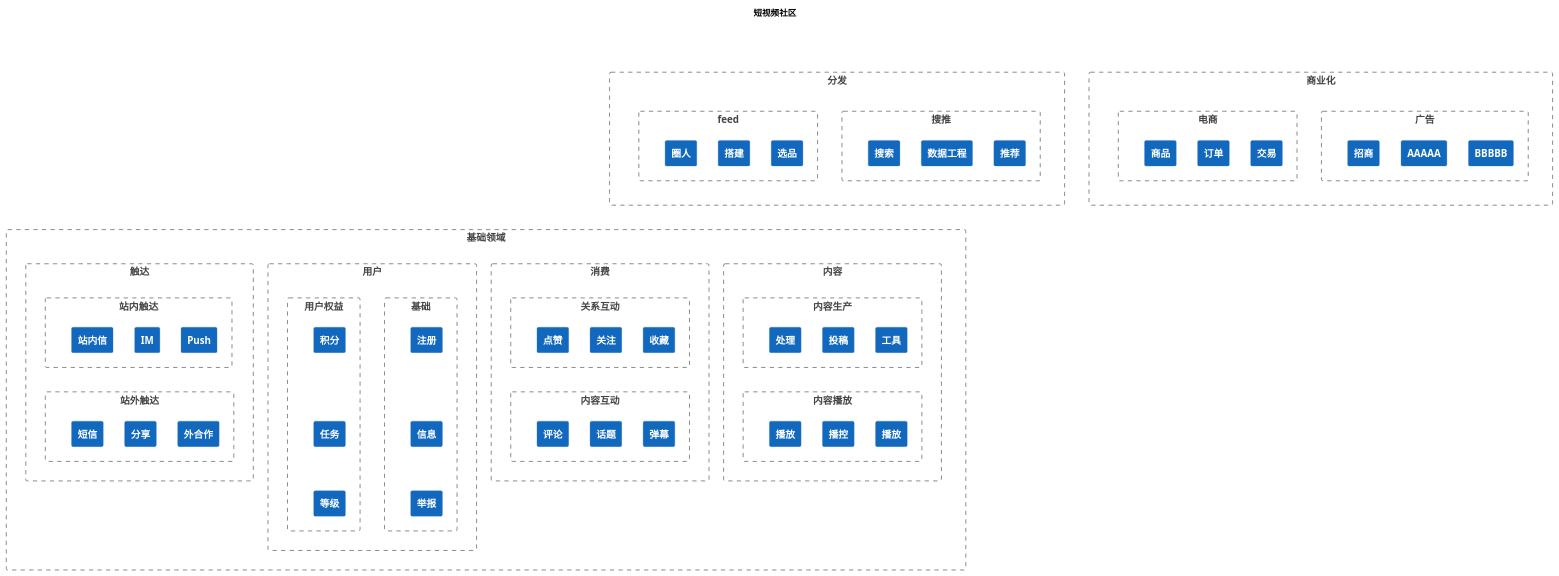
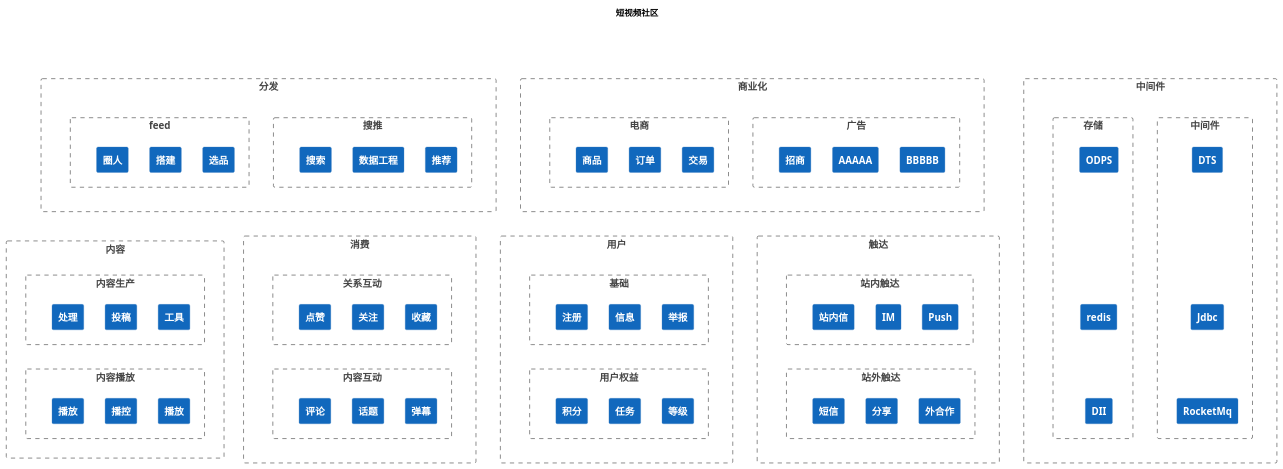
The diagram in puml/system.puml (nxnnxn/community-doc), drawn with PlantUML before and after one commit.

```diff
--- a/puml/system.puml
+++ b/puml/system.puml
@@ -1,138 +1,168 @@
 @startuml
 !include <C4/C4_Context>
 HIDE_STEREOTYPE()
 
 title 短视频社区
 
 Boundary(fenfa,"分发"){
    Boundary(searchAndRec, "搜推"){
      System(search, "搜索")
      System(rec, "推荐")
      System(data, "数据工程")
      Lay_L(data, search)
      Lay_R(data, rec)
   }
 
   Boundary(feed, "feed"){
      System(quanren, "圈人")
      System(xuanpin, "选品")
      System(dajian, "搭建")
      Lay_L(dajian, quanren)
      Lay_R(dajian, xuanpin)
   }
   Lay_R(searchAndRec, feed)
 }
 
 
-Boundary(basedomain,"基础领域"){
 Boundary(content,"内容"){
    Boundary(contentProduction, "内容生产"){
      System(media_process, "处理")
      System(post, "投稿")
      System(postTool, "工具")
      Lay_L(post, media_process)
      Lay_R(post, postTool)
   }
 
   Boundary(contentPlay, "内容播放"){
      System(videoPlay, "播放")
      System(videoCon, "播控")
      System(videoTest, "播放")
      Lay_L(videoCon, videoPlay)
      Lay_R(videoCon, videoTest)
   }
   Lay_D(contentProduction, contentPlay)
 }
 
 Boundary(interact,"消费"){
    Boundary(relationInteract, "关系互动"){
      System(follow, "关注")
      System(praise, "点赞")
      System(collect, "收藏")
      Lay_L(follow, praise)
      Lay_R(follow, collect)
   }
 
   Boundary(contentInteract, "内容互动"){
      System(comment, "评论")
      System(bullentComment, "弹幕")
      System(topic, "话题")
      Lay_L(topic, comment)
      Lay_R(topic, bullentComment)
   }
   Lay_D(relationInteract, contentInteract)
 }
 
 Boundary(user,"用户"){
    Boundary(base, "基础"){
      System(zhuce, "注册")
      System(userBase, "信息")
      System(jubao, "举报")
-     Lay_U(userBase, zhuce)
-     Lay_D(userBase, jubao)
+     Lay_L(userBase, zhuce)
+     Lay_R(userBase, jubao)
   }
 
   Boundary(userRight, "用户权益"){
      System(jifen, "积分")
      System(dengji, "等级")
      System(task, "任务")
-     Lay_U(task, jifen)
-     Lay_D(task, dengji)
+     Lay_L(task, jifen)
+     Lay_R(task, dengji)
   }
-  Lay_R(base, userRight)
+  Lay_D(base, userRight)
 }
 
 
 Boundary(touch,"触达"){
    Boundary(inTouch, "站内触达"){
      System(message, "站内信")
      System(push, "Push")
      System(im, "IM")
      Lay_L(im, message)
      Lay_R(im, push)
   }
 
   Boundary(outTouch, "站外触达"){
      System(share, "分享")
      System(shortMessage, "短信")
      System(out, "外合作")
      Lay_L(share, shortMessage)
      Lay_R(share, out)
   }
   Lay_D(inTouch, outTouch)
-}
 }
 Lay_D(fenfa,contentProduction)
 
 
 
 
 Boundary(shangyehua,"商业化"){
    Boundary(guanggao, "广告"){
      System(zhaoshang, "招商")
      System(a, "AAAAA")
      System(b, "BBBBB")
      Lay_L(a, zhaoshang)
      Lay_R(a, b)
   }
 
   Boundary(ecommerce, "电商"){
      System(goods, "商品")
      System(order, "订单")
      System(trade, "交易")
      Lay_L(order, goods)
      Lay_R(order, trade)
   }
   Lay_R(guanggao, ecommerce)
 }
 
-Lay_D(shangyehua,basedomain)
+
+Lay_R(fenfa,shangyehua)
+
+Lay_D(fenfa,contentProduction)
+Lay_D(fenfa,interact)
+Lay_D(fenfa,user)
+Lay_D(fenfa,touch)
 
 
+Lay_D(shangyehua,contentProduction)
+Lay_D(shangyehua,interact)
+Lay_D(shangyehua,user)
+Lay_D(shangyehua,touch)
+
+Boundary(middle,"中间件"){
+   Boundary(middleSoft, "中间件"){
+       System(shardingJdbc, "Jdbc")
+       System(DTS, "DTS")
+       System(RocketMq, "RocketMq")
+       Lay_U(shardingJdbc, DTS)
+       Lay_D(shardingJdbc, RocketMq)
+     }
+
+   Boundary(chunchu, "存储"){
+       System(redis, "redis")
+        System(ODPS, "ODPS")
+        System(DII, "DII")
+        Lay_U(redis, ODPS)
+        Lay_D(redis, DII)
+    }
+   Lay_R(middleSoft, chunchu)
+}
+
+
+Lay_R(shangyehua,middle)
 
 
 
 
 
 
 @enduml
```
